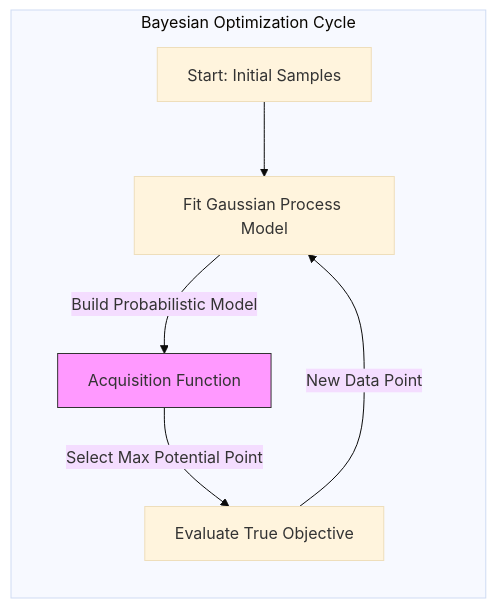
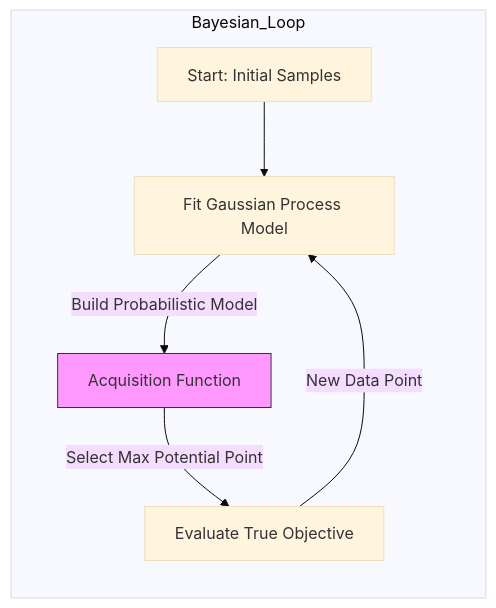
One commit to antonprafanto/dasarAI2026 changed the fourth of 11 diagrams in bab-09-evaluasi.md. Above: the diagram before and after it, drawn with Mermaid (base theme). The commit also changed other lines of this file, not shown here.

Commit message:
Fix: Shorten Mermaid subgraph titles to prevent text overlap

````diff
--- a/bab-09-evaluasi.md
+++ b/bab-09-evaluasi.md
@@ -251,13 +251,13 @@
 ```mermaid
 graph TD
-    subgraph Bayesian_Loop [Bayesian Optimization Cycle]
+    subgraph Bayesian_Loop
         direction TB
         A[Start: Initial Samples] --> B[Fit Gaussian Process Model]
         B -->|Build Probabilistic Model| C[Acquisition Function]
         C -->|Select Max Potential Point| D[Evaluate True Objective]
         D -->|New Data Point| B
 
         style C fill:#f9f,stroke:#333
     end
 
 ```
````
